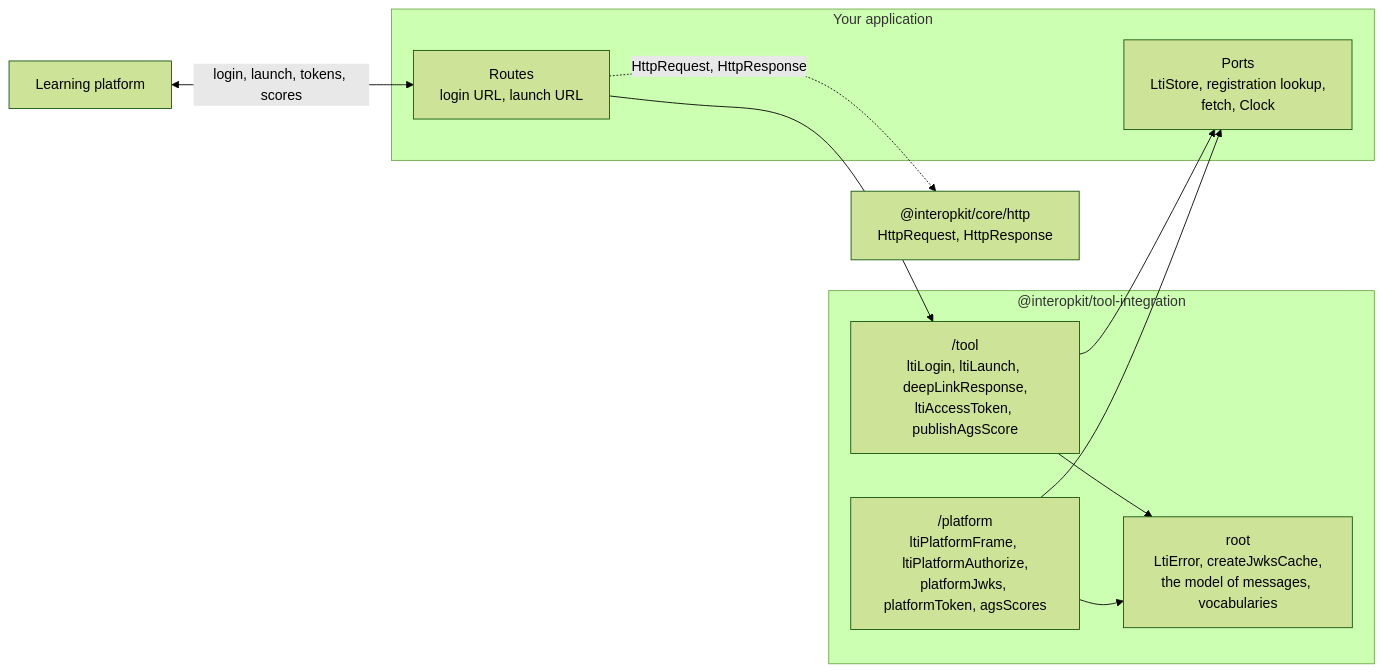
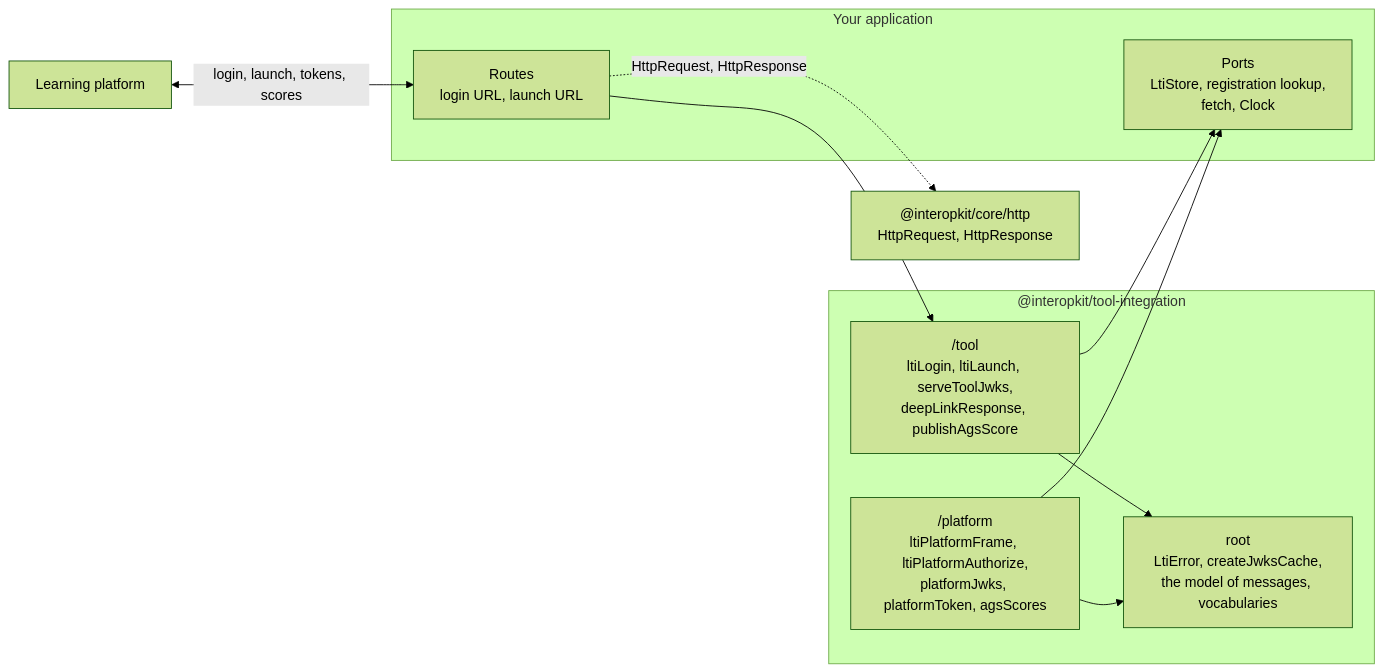
The diagram in packages/tool-integration/README.md (interopkit/interopkit), drawn with Mermaid (forest theme) before and after one commit. The commit also changed other lines of this file and 42 other files, not shown here.

````diff
--- a/packages/tool-integration/README.md
+++ b/packages/tool-integration/README.md
@@ -11,21 +11,21 @@
 ```mermaid
 flowchart LR
   platform["Learning platform"]
   subgraph host["Your application"]
     routes["Routes<br/>login URL, launch URL"]
     ports["Ports<br/>LtiStore, registration lookup,<br/>fetch, Clock"]
   end
   subgraph pkg["@interopkit/tool-integration"]
-    tool["/tool<br/>ltiLogin, ltiLaunch, deepLinkResponse,<br/>ltiAccessToken, publishAgsScore"]
+    tool["/tool<br/>ltiLogin, ltiLaunch, serveToolJwks,<br/>deepLinkResponse, publishAgsScore"]
     platformRole["/platform<br/>ltiPlatformFrame, ltiPlatformAuthorize,<br/>platformJwks, platformToken, agsScores"]
     root["root<br/>LtiError, createJwksCache,<br/>the model of messages, vocabularies"]
   end
   http["@interopkit/core/http<br/>HttpRequest, HttpResponse"]
   platform <-->|"login, launch, tokens, scores"| routes
   routes --> tool
   routes -.->|"HttpRequest, HttpResponse"| http
   tool --> ports
   platformRole --> ports
   tool --> root
   platformRole --> root
 ```
````
